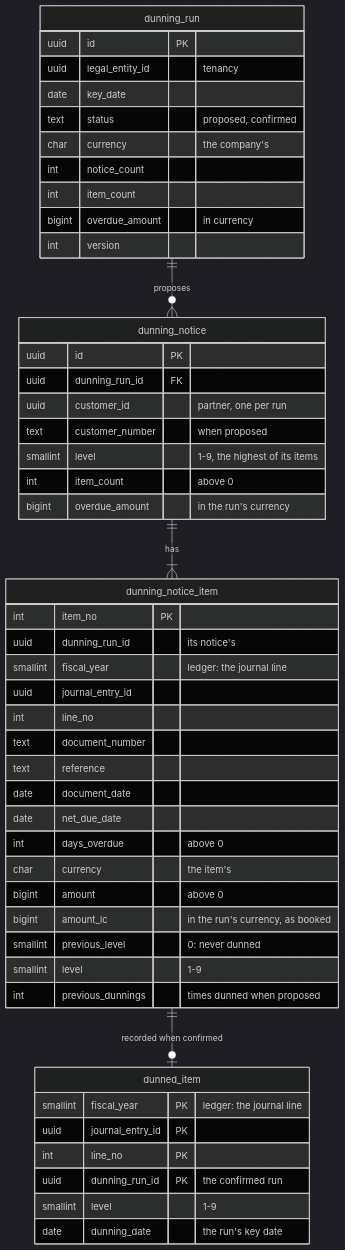
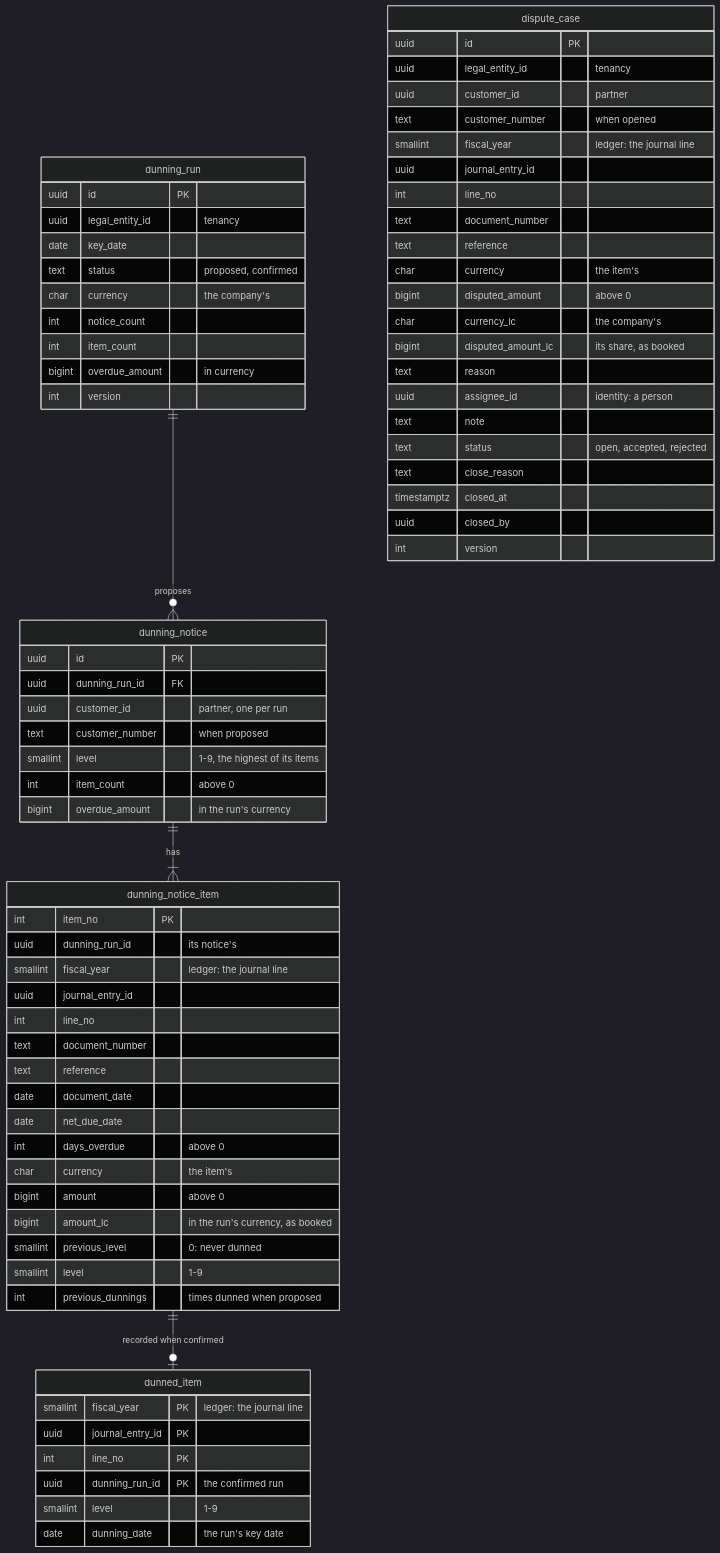
Diagram 15 of 19 in docs/design/03-data-model.md (mustie7iy/agentic-erp), drawn with Mermaid (dark theme) before and after one commit. The commit also changed other lines of this file and 36 other files, not shown here.

First line of the commit message:
T86a: dispute case opened, assigned and closed (collections, ADR-0065 As built)

````diff
--- a/docs/design/03-data-model.md
+++ b/docs/design/03-data-model.md
@@ -4445,44 +4448,65 @@
 ```mermaid
 erDiagram
   dunning_run ||--o{ dunning_notice : "proposes"
   dunning_notice ||--|{ dunning_notice_item : "has"
   dunning_notice_item ||--o| dunned_item : "recorded when confirmed"
   dunning_run { uuid id PK
     uuid legal_entity_id "tenancy"
     date key_date
     text status "proposed, confirmed"
     char currency "the company's"
     int notice_count
     int item_count
     bigint overdue_amount "in currency"
     int version }
   dunning_notice { uuid id PK
     uuid dunning_run_id FK
     uuid customer_id "partner, one per run"
     text customer_number "when proposed"
     smallint level "1-9, the highest of its items"
     int item_count "above 0"
     bigint overdue_amount "in the run's currency" }
   dunning_notice_item { int item_no PK
     uuid dunning_run_id "its notice's"
     smallint fiscal_year "ledger: the journal line"
     uuid journal_entry_id
     int line_no
     text document_number
     text reference
     date document_date
     date net_due_date
     int days_overdue "above 0"
     char currency "the item's"
     bigint amount "above 0"
     bigint amount_lc "in the run's currency, as booked"
     smallint previous_level "0: never dunned"
     smallint level "1-9"
     int previous_dunnings "times dunned when proposed" }
   dunned_item { smallint fiscal_year PK "ledger: the journal line"
     uuid journal_entry_id PK
     int line_no PK
     uuid dunning_run_id PK "the confirmed run"
     smallint level "1-9"
     date dunning_date "the run's key date" }
+  dispute_case { uuid id PK
+    uuid legal_entity_id "tenancy"
+    uuid customer_id "partner"
+    text customer_number "when opened"
+    smallint fiscal_year "ledger: the journal line"
+    uuid journal_entry_id
+    int line_no
+    text document_number
+    text reference
+    char currency "the item's"
+    bigint disputed_amount "above 0"
+    char currency_lc "the company's"
+    bigint disputed_amount_lc "its share, as booked"
+    text reason
+    uuid assignee_id "identity: a person"
+    text note
+    text status "open, accepted, rejected"
+    text close_reason
+    timestamptz closed_at
+    uuid closed_by
+    int version }
 ```
````
